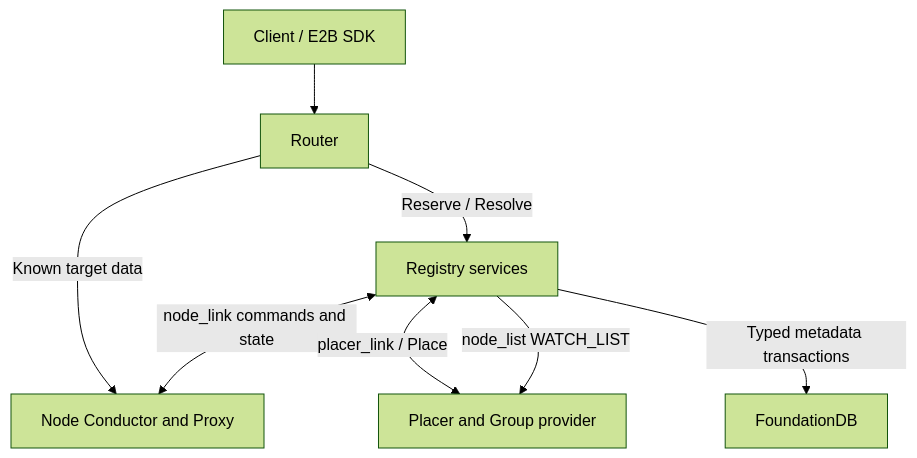
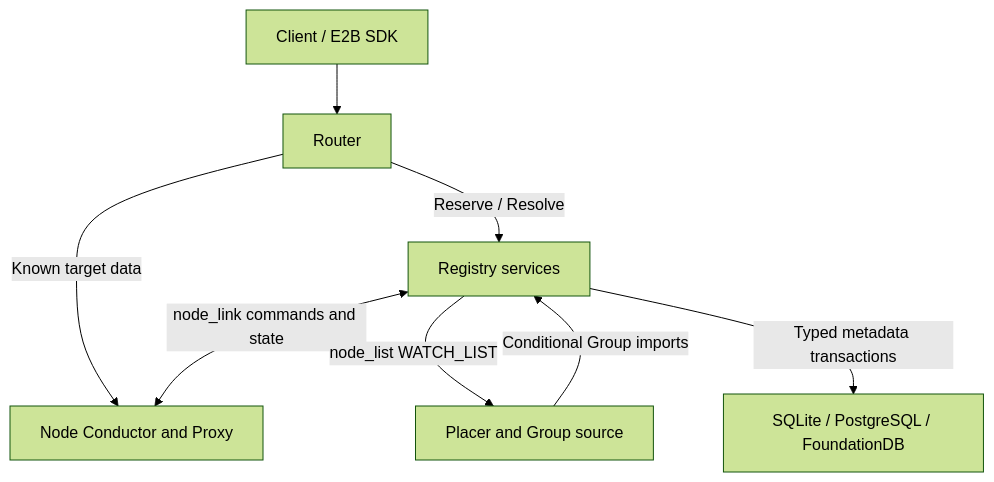
The first of 2 diagrams in docs/cluster.md (kuasar-sandbox/orchestrator), drawn with Mermaid (forest theme) before and after one commit. The commit also changed other lines of this file and 264 other files, not shown here.

````diff
--- a/docs/cluster.md
+++ b/docs/cluster.md
@@ -27,10 +27,10 @@
 ```mermaid
 flowchart TD
   client["Client / E2B SDK"] --> router["Router"]
   router -->|"Reserve / Resolve"| registry["Registry services"]
   router -->|"Known target data"| node["Node Conductor and Proxy"]
   registry <-->|"node_link commands and state"| node
-  registry <-->|"placer_link / Place"| placer["Placer and Group provider"]
+  placer["Placer and Group source"] -->|"Conditional Group imports"| registry
   registry -->|"node_list WATCH_LIST"| placer
-  registry -->|"Typed metadata transactions"| fdb["FoundationDB"]
+  registry -->|"Typed metadata transactions"| db["SQLite / PostgreSQL / FoundationDB"]
 ```
````
